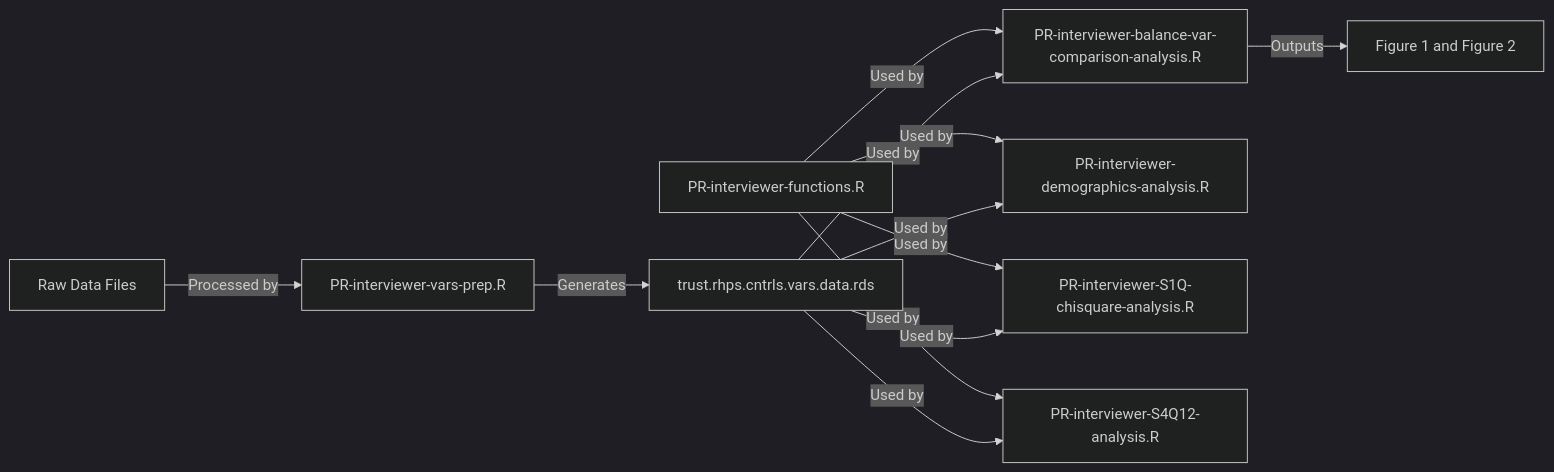
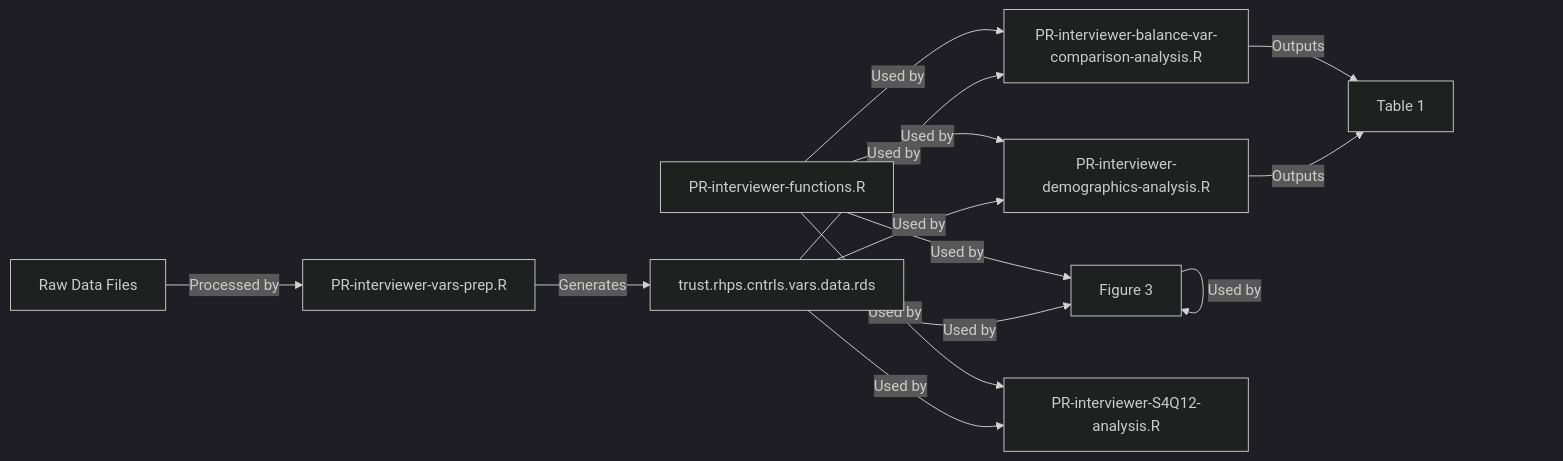
The diagram in README.md (jacobtnyoung/PR-interviewer-comparison), drawn with Mermaid (dark theme) before and after one commit.

````diff
--- a/README.md
+++ b/README.md
@@ -28,22 +28,24 @@
 ```mermaid
 graph LR
     %% Data processing workflow
     1[Raw Data Files] -->|Processed by| A[PR-interviewer-vars-prep.R]
     A -->|Generates| B[trust.rhps.cntrls.vars.data.rds]
 
     %% Utility functions used by analysis scripts
     F[PR-interviewer-functions.R] -->|Used by| C[PR-interviewer-balance-var-comparison-analysis.R]
     F -->|Used by| D[PR-interviewer-demographics-analysis.R]
     F -->|Used by| E[PR-interviewer-S1Q-chisquare-analysis.R]
     F -->|Used by| G[PR-interviewer-S4Q12-analysis.R]
 
     %% Analysis scripts using processed data
     B -->|Used by| C[PR-interviewer-balance-var-comparison-analysis.R]
     B -->|Used by| D[PR-interviewer-demographics-analysis.R]
     B -->|Used by| E[PR-interviewer-S1Q-chisquare-analysis.R]
     B -->|Used by| G[PR-interviewer-S4Q12-analysis.R]
 
     %% Output generation
     C -->|Outputs| H[Figure 1 and Figure 2]
+    D -->|Outputs| H[Table 1]
+    E -->|Used by| E[Figure 3]
 
 ```    
````
